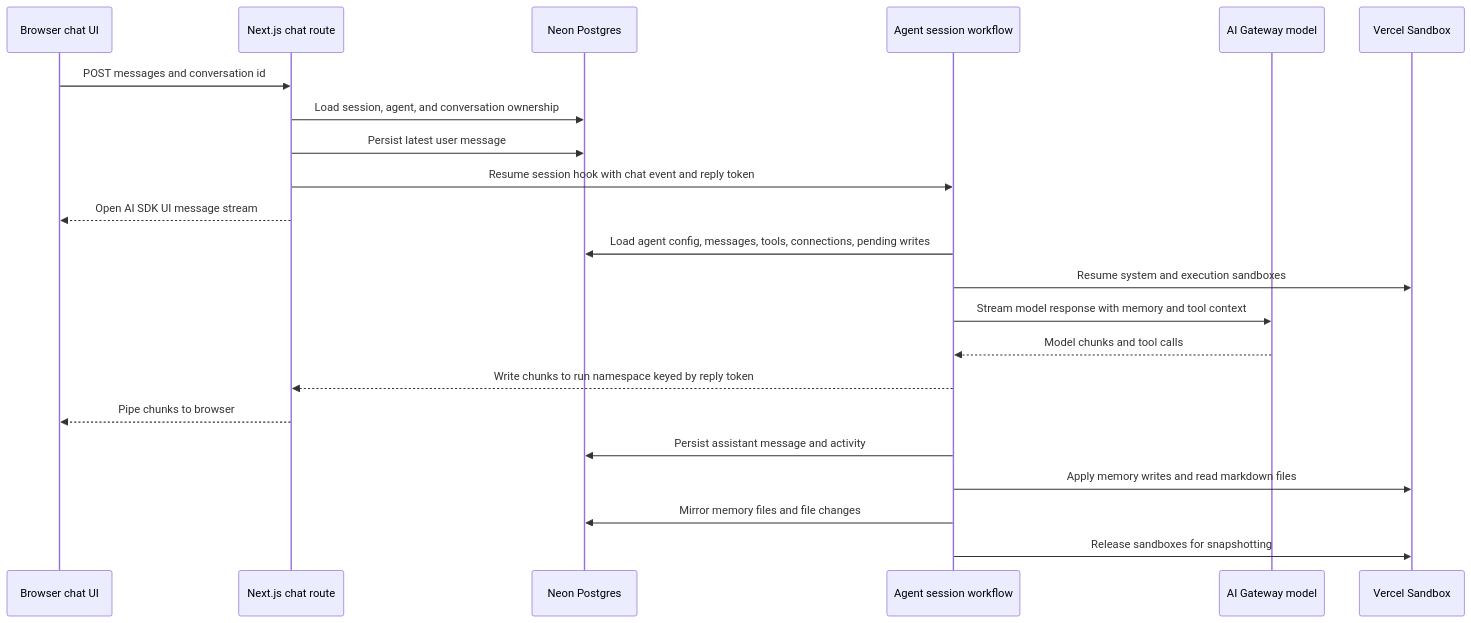
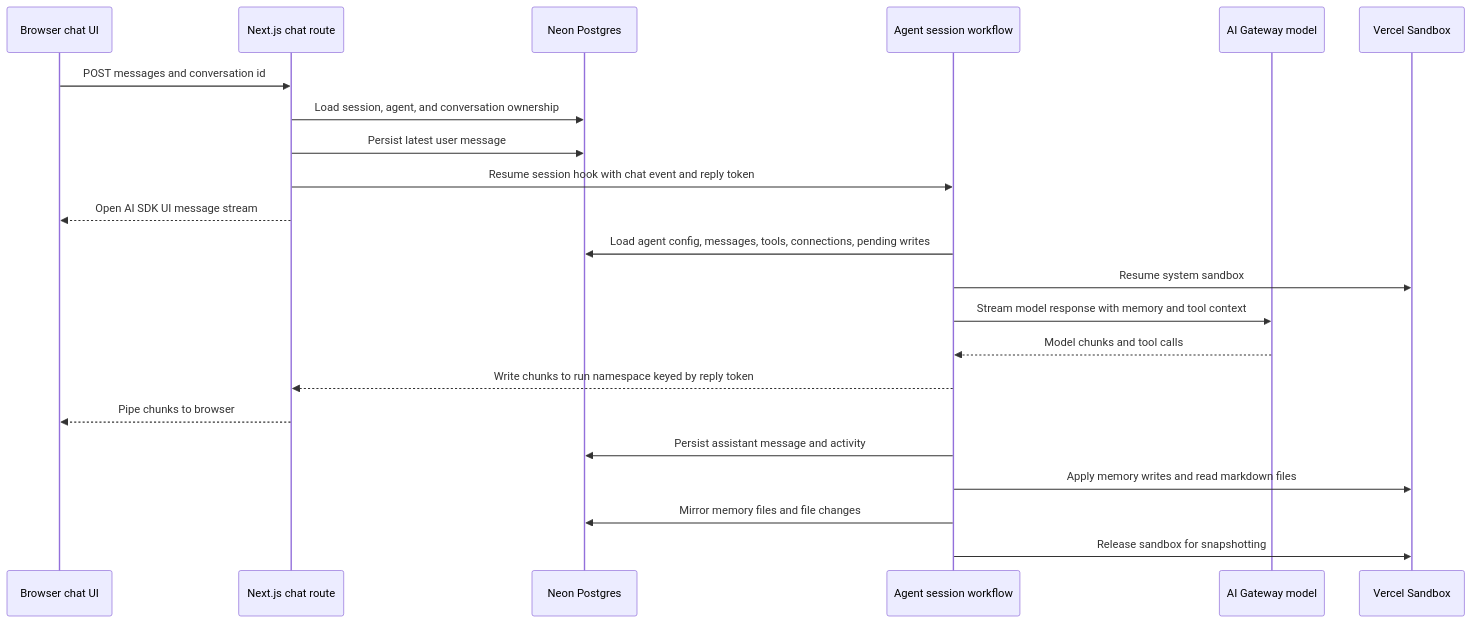
The third of 6 diagrams in README.md (TommyBez/outname), drawn with Mermaid before and after one commit. The commit also changed other lines of this file and 26 other files, not shown here.

````diff
--- a/README.md
+++ b/README.md
@@ -85,25 +84,25 @@
 ```mermaid
 sequenceDiagram
   participant B as Browser chat UI
   participant R as Next.js chat route
   participant D as Neon Postgres
   participant S as Agent session workflow
   participant G as AI Gateway model
   participant X as Vercel Sandbox
 
   B->>R: POST messages and conversation id
   R->>D: Load session, agent, and conversation ownership
   R->>D: Persist latest user message
   R->>S: Resume session hook with chat event and reply token
   R-->>B: Open AI SDK UI message stream
   S->>D: Load agent config, messages, tools, connections, pending writes
-  S->>X: Resume system and execution sandboxes
+  S->>X: Resume system sandbox
   S->>G: Stream model response with memory and tool context
   G-->>S: Model chunks and tool calls
   S-->>R: Write chunks to run namespace keyed by reply token
   R-->>B: Pipe chunks to browser
   S->>D: Persist assistant message and activity
   S->>X: Apply memory writes and read markdown files
   S->>D: Mirror memory files and file changes
-  S->>X: Release sandboxes for snapshotting
+  S->>X: Release sandbox for snapshotting
 ```
````
